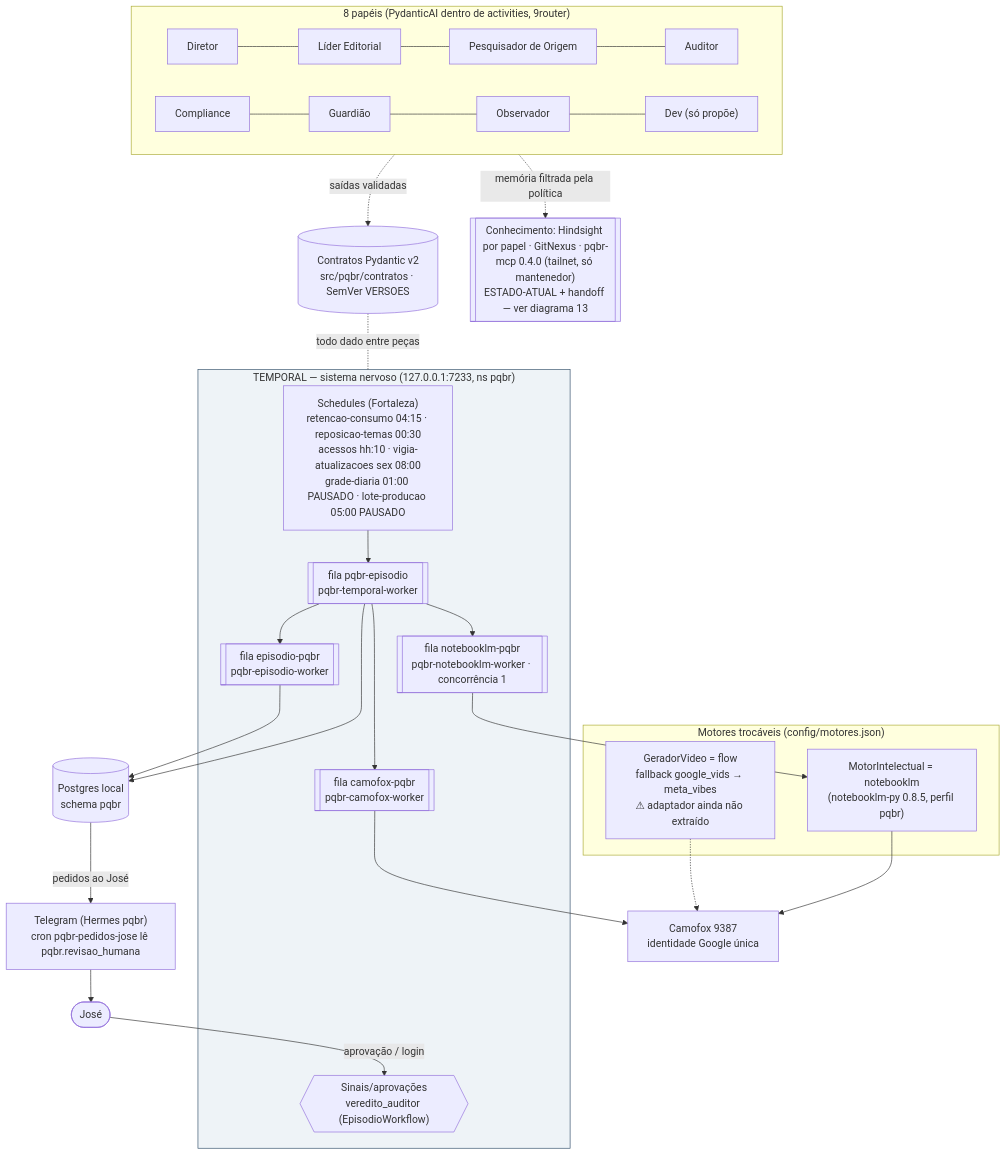
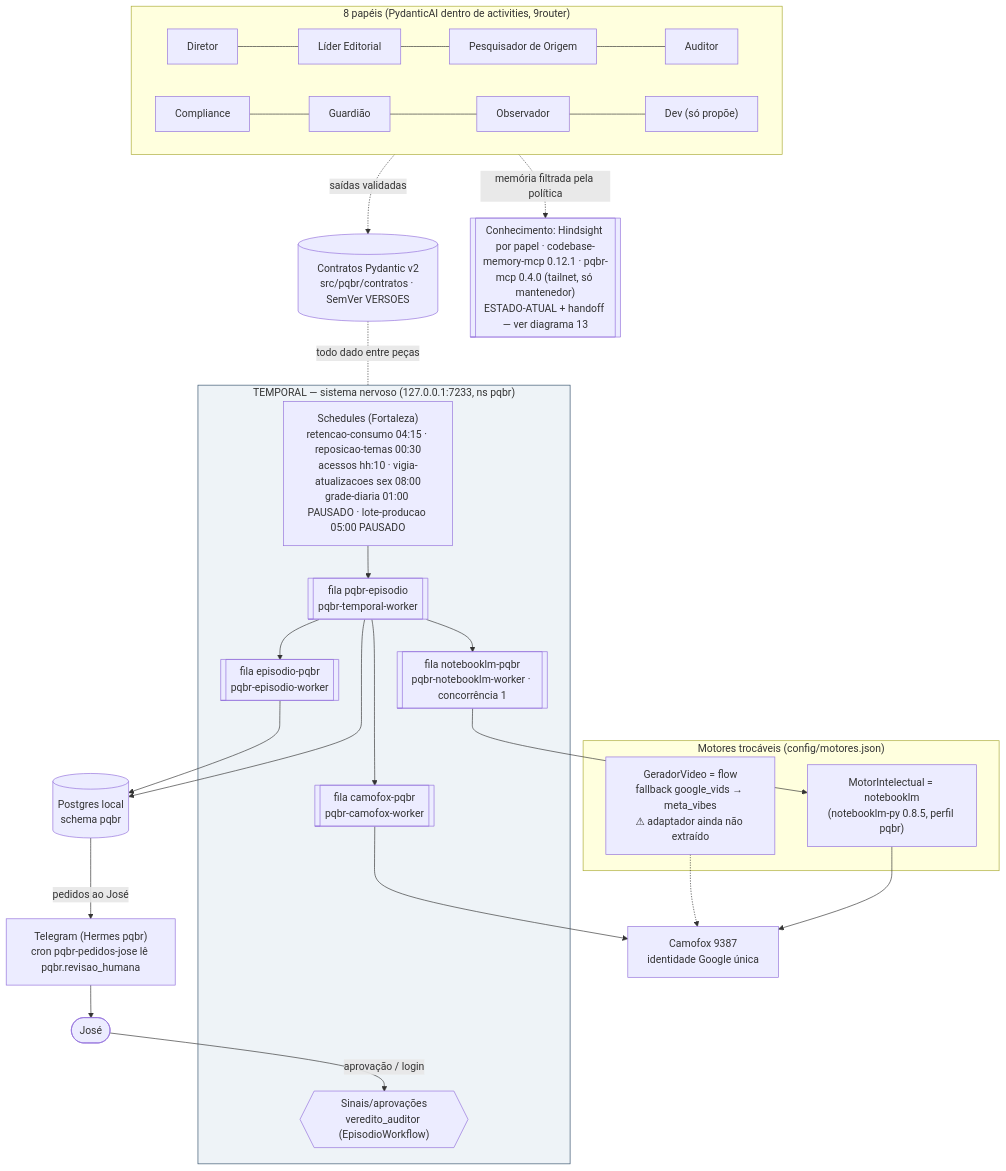
One commit to jvmendesjr/PQBR changed the diagram in docs/mapa/00-visao-geral.mmd. Above: the diagram before and after it, drawn with Mermaid. The commit also changed 26 other files, not shown here.

First line of the commit message:
migracao(t-cbm): GitNexus 1.6.12 -> codebase-memory-mcp 0.12.1 (backend codigo, politica 1.6.0, ADR-012)

```diff
--- a/docs/mapa/00-visao-geral.mmd
+++ b/docs/mapa/00-visao-geral.mmd
@@ -1,38 +1,38 @@
 %% Mapa PQBR — Visão geral. Gerado do código em 24/10/2026 (commit base c752abc). Só muda por proposta aprovada pelo José.
 flowchart TB
   JOSE(["José"])
   TG["Telegram (Hermes pqbr)<br/>cron pqbr-pedidos-jose lê pqbr.revisao_humana"]
   subgraph T["TEMPORAL — sistema nervoso (127.0.0.1:7233, ns pqbr)"]
     SCH["Schedules (Fortaleza)<br/>retencao-consumo 04:15 · reposicao-temas 00:30<br/>acessos hh:10 · vigia-atualizacoes sex 08:00<br/>grade-diaria 01:00 PAUSADO · lote-producao 05:00 PAUSADO"]
     Q1[["fila pqbr-episodio<br/>pqbr-temporal-worker"]]
     Q2[["fila episodio-pqbr<br/>pqbr-episodio-worker"]]
     Q3[["fila notebooklm-pqbr<br/>pqbr-notebooklm-worker · concorrência 1"]]
     Q4[["fila camofox-pqbr<br/>pqbr-camofox-worker"]]
     SIG{{"Sinais/aprovações<br/>veredito_auditor (EpisodioWorkflow)"}}
   end
   subgraph M["Motores trocáveis (config/motores.json)"]
     MI["MotorIntelectual = notebooklm<br/>(notebooklm-py 0.8.5, perfil pqbr)"]
     GV["GeradorVideo = flow<br/>fallback google_vids → meta_vibes<br/>⚠ adaptador ainda não extraído"]
   end
   subgraph A["8 papéis (PydanticAI dentro de activities, 9router)"]
     R1["Diretor"] --- R2["Líder Editorial"] --- R3["Pesquisador de Origem"] --- R4["Auditor"]
     R5["Compliance"] --- R6["Guardião"] --- R7["Observador"] --- R8["Dev (só propõe)"]
   end
   C[("Contratos Pydantic v2<br/>src/pqbr/contratos · SemVer VERSOES")]
   PG[("Postgres local<br/>schema pqbr")]
   CF["Camofox 9387<br/>identidade Google única"]
   SCH --> Q1
   Q1 --> Q3 & Q2 & Q4
   Q3 --> MI --> CF
   Q4 --> CF
   GV -.-> CF
   A -. "saídas validadas" .-> C
   Q1 & Q2 --> PG
   PG -- "pedidos ao José" --> TG --> JOSE
   JOSE -- "aprovação / login" --> SIG
   C -. "todo dado entre peças" .- T
   %% t84u–t101u (26/10/2026)
-  K13[["Conhecimento: Hindsight por papel · GitNexus · pqbr-mcp 0.4.0 (tailnet, só mantenedor)<br/>ESTADO-ATUAL + handoff — ver diagrama 13"]]
+  K13[["Conhecimento: Hindsight por papel · codebase-memory-mcp 0.12.1 · pqbr-mcp 0.4.0 (tailnet, só mantenedor)<br/>ESTADO-ATUAL + handoff — ver diagrama 13"]]
   A -. "memória filtrada pela política" .-> K13
   classDef core fill:#eef3f7,stroke:#33506b;
   class T core;
```
